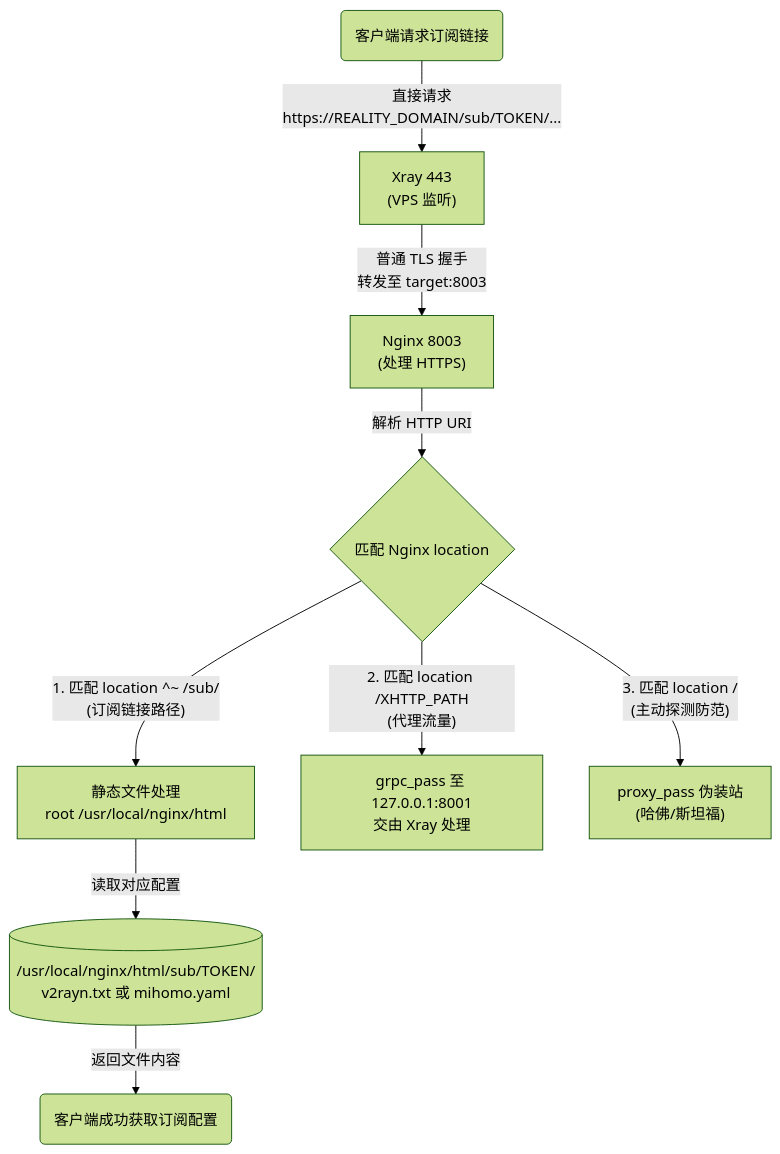
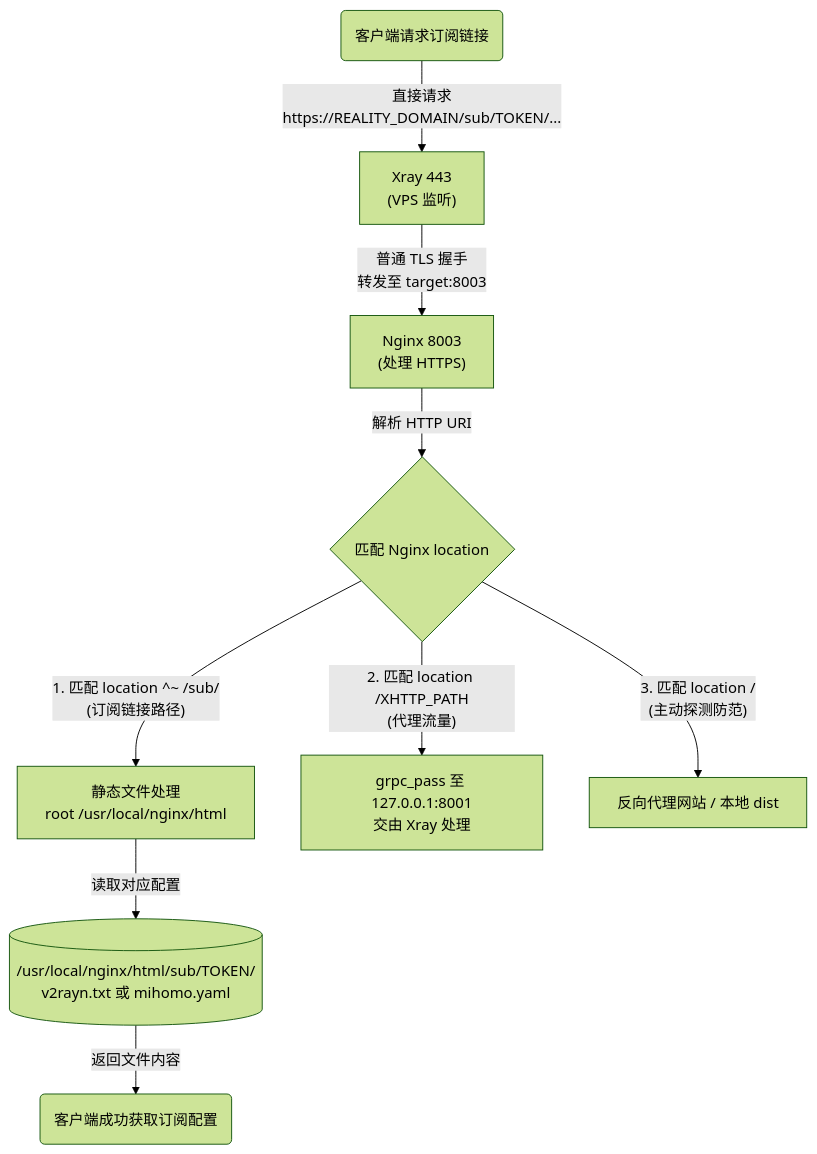
Before and after one commit to Yulinanami/my-xhttp-cdn-config: the second of 2 diagrams in docs/5.流程图.md, drawn with Mermaid (forest theme). The commit also changed other lines of this file and 25 other files, not shown here.

````diff
--- a/docs/5.流程图.md
+++ b/docs/5.流程图.md
@@ -75,18 +75,18 @@
 ```mermaid
 graph TD
 	SUB_START("客户端请求订阅链接")
 	
 	SUB_START -->|"直接请求<br/>https://REALITY_DOMAIN/sub/TOKEN/..."| SUB_XR443["Xray 443<br/>(VPS 监听)"]
 	
 	SUB_XR443 -->|"普通 TLS 握手<br/>转发至 target:8003"| SUB_NG8003["Nginx 8003<br/>(处理 HTTPS)"]
 	
 	SUB_NG8003 -->|"解析 HTTP URI"| SUB_NG_MATCH{"匹配 Nginx location"}
 	
 	SUB_NG_MATCH -->|"1. 匹配 location ^~ /sub/<br/>(订阅链接路径)"| SUB_NG_STATIC["静态文件处理<br/>root /usr/local/nginx/html"]
 	SUB_NG_MATCH -->|"2. 匹配 location /XHTTP_PATH<br/>(代理流量)"| SUB_NG_GRPC["grpc_pass 至 127.0.0.1:8001<br/>交由 Xray 处理"]
-	SUB_NG_MATCH -->|"3. 匹配 location /<br/>(主动探测防范)"| SUB_NG_PROXY["proxy_pass 伪装站<br/>(哈佛/斯坦福)"]
+	SUB_NG_MATCH -->|"3. 匹配 location /<br/>(主动探测防范)"| SUB_NG_PROXY["反向代理网站 / 本地 dist"]
 	
 	SUB_NG_STATIC -->|"读取对应配置"| SUB_FILE[("/usr/local/nginx/html/sub/TOKEN/<br/>v2rayn.txt 或 mihomo.yaml")]
 	
 	SUB_FILE -->|"返回文件内容"| SUB_END("客户端成功获取订阅配置")
 ```
````
